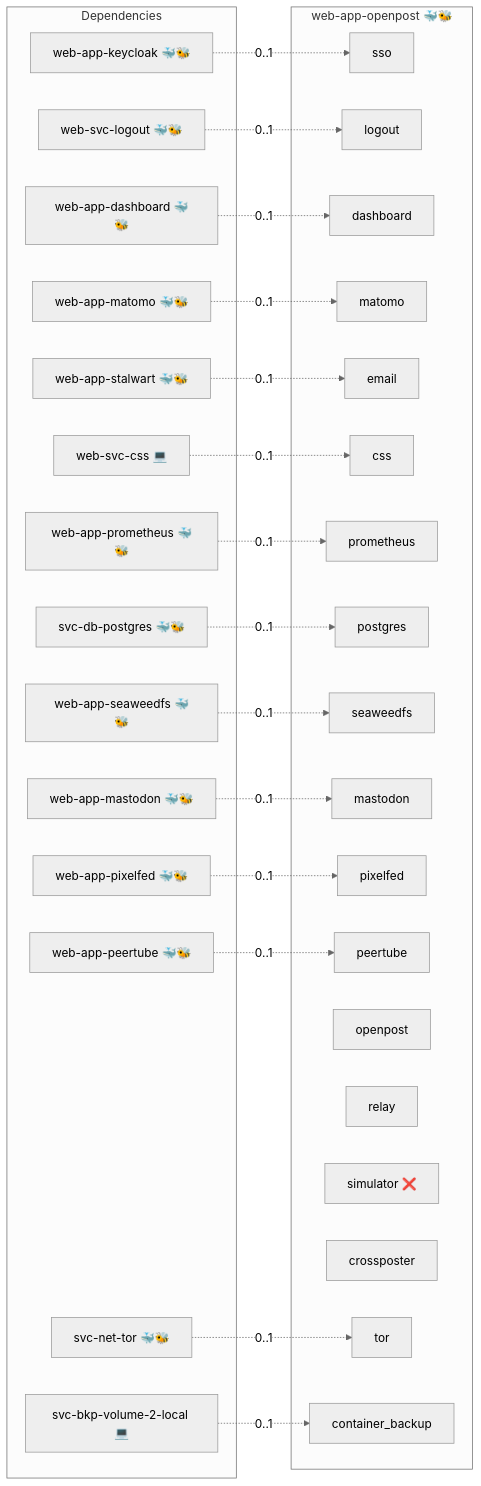
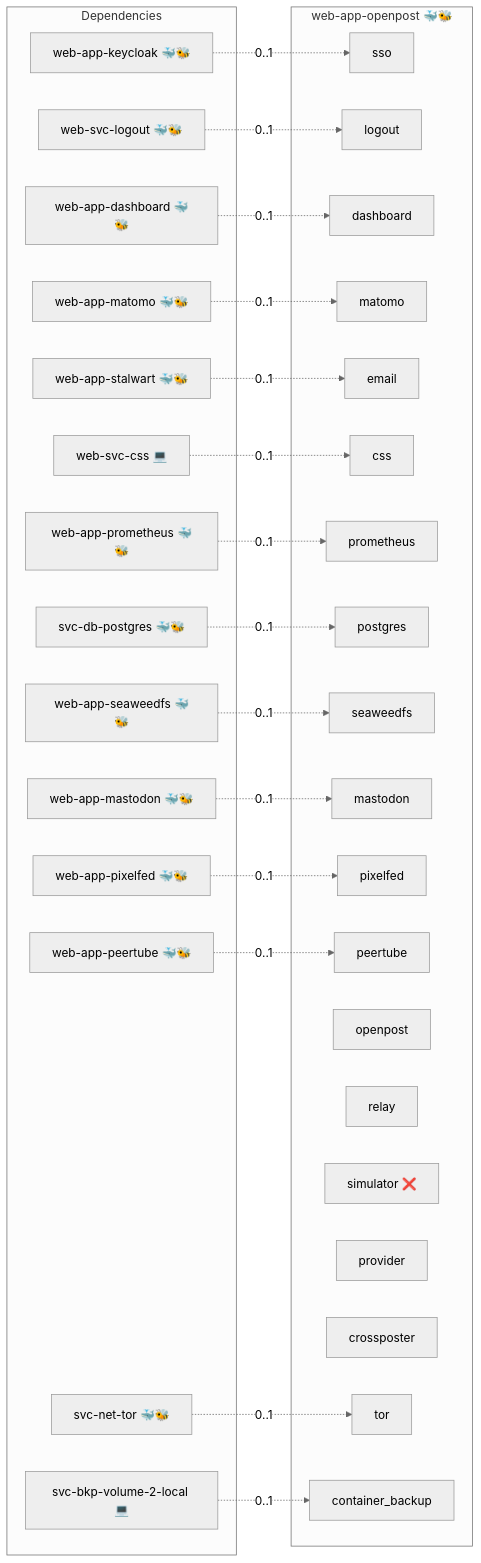
One commit to evangelostsak/infinito.nexus changed the diagram in roles/web-app-openpost/README.md. Above: the diagram before and after it, drawn with Mermaid (neutral theme).

Commit message:
docs(openpost): show the fake provider in the Cosmos diagram

````diff
--- a/roles/web-app-openpost/README.md
+++ b/roles/web-app-openpost/README.md
@@ -19,53 +19,54 @@
 ```mermaid
 flowchart LR
     subgraph deps [Dependencies]
         dep_svc_bkp_volume_2_local["svc-bkp-volume-2-local 💻"]
         dep_svc_db_postgres["svc-db-postgres 🐳🐝"]
         dep_svc_net_tor["svc-net-tor 🐳🐝"]
         dep_web_app_dashboard["web-app-dashboard 🐳🐝"]
         dep_web_app_keycloak["web-app-keycloak 🐳🐝"]
         dep_web_app_mastodon["web-app-mastodon 🐳🐝"]
         dep_web_app_matomo["web-app-matomo 🐳🐝"]
         dep_web_app_peertube["web-app-peertube 🐳🐝"]
         dep_web_app_pixelfed["web-app-pixelfed 🐳🐝"]
         dep_web_app_prometheus["web-app-prometheus 🐳🐝"]
         dep_web_app_seaweedfs["web-app-seaweedfs 🐳🐝"]
         dep_web_app_stalwart["web-app-stalwart 🐳🐝"]
         dep_web_svc_css["web-svc-css 💻"]
         dep_web_svc_logout["web-svc-logout 🐳🐝"]
     end
     subgraph role [web-app-openpost 🐳🐝]
         svc_sso["sso"]
         svc_logout["logout"]
         svc_dashboard["dashboard"]
         svc_matomo["matomo"]
         svc_email["email"]
         svc_css["css"]
         svc_prometheus["prometheus"]
         svc_postgres["postgres"]
         svc_seaweedfs["seaweedfs"]
         svc_mastodon["mastodon"]
         svc_pixelfed["pixelfed"]
         svc_peertube["peertube"]
         svc_openpost["openpost"]
         svc_relay["relay"]
         svc_simulator["simulator ❌"]
+        svc_provider["provider"]
         svc_crossposter["crossposter"]
         svc_tor["tor"]
         svc_container_backup["container_backup"]
     end
     dep_svc_bkp_volume_2_local -. "0..1" .-> svc_container_backup
     dep_svc_db_postgres -. "0..1" .-> svc_postgres
     dep_svc_net_tor -. "0..1" .-> svc_tor
     dep_web_app_dashboard -. "0..1" .-> svc_dashboard
     dep_web_app_keycloak -. "0..1" .-> svc_sso
     dep_web_app_mastodon -. "0..1" .-> svc_mastodon
     dep_web_app_matomo -. "0..1" .-> svc_matomo
     dep_web_app_peertube -. "0..1" .-> svc_peertube
     dep_web_app_pixelfed -. "0..1" .-> svc_pixelfed
     dep_web_app_prometheus -. "0..1" .-> svc_prometheus
     dep_web_app_seaweedfs -. "0..1" .-> svc_seaweedfs
     dep_web_app_stalwart -. "0..1" .-> svc_email
     dep_web_svc_css -. "0..1" .-> svc_css
     dep_web_svc_logout -. "0..1" .-> svc_logout
 ```
````
